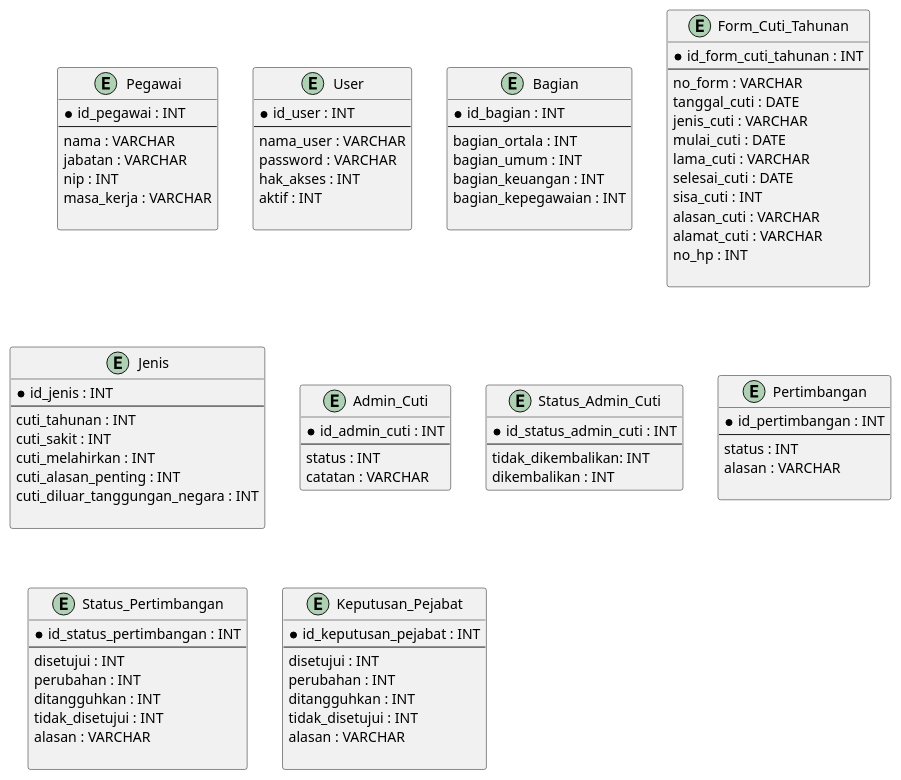
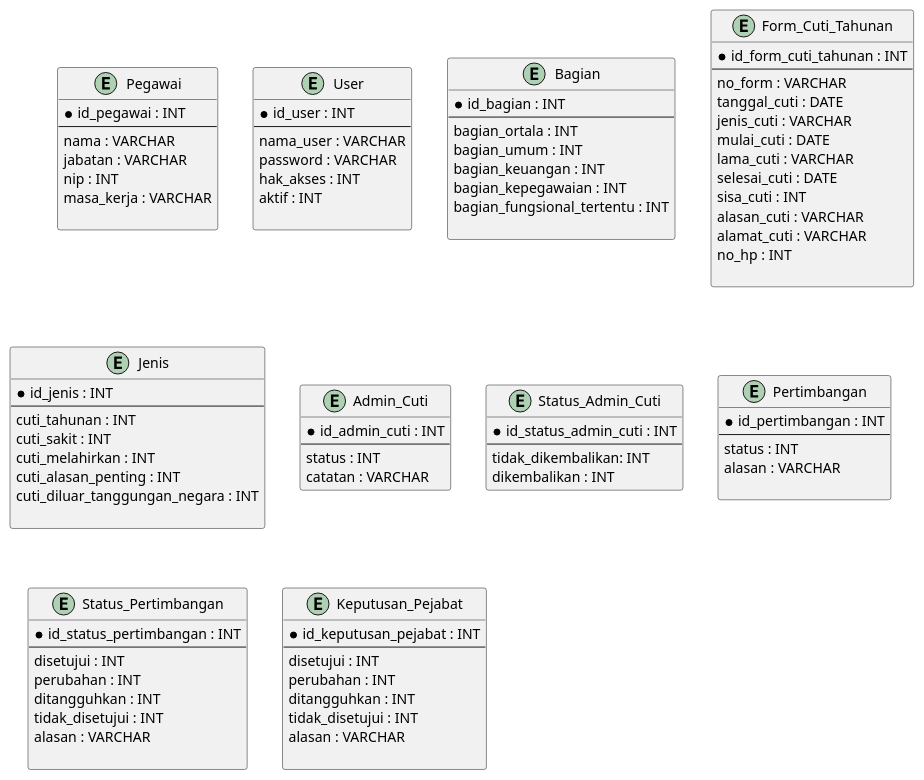
The diagram in logical.puml (muhammad-huzaifah/e-cuti), drawn with PlantUML before and after one commit.

Commit message:
perancangan logical e-cuti

```diff
--- a/logical.puml
+++ b/logical.puml
@@ -1,104 +1,105 @@
 @startuml
 entity Pegawai{
 * id_pegawai : INT
 --
 nama : VARCHAR
 jabatan : VARCHAR
 nip : INT
 masa_kerja : VARCHAR
 
 }
 
 entity User{
 * id_user : INT
 --
 nama_user : VARCHAR
 password : VARCHAR
 hak_akses : INT
 aktif : INT
 
 }
 
 entity Bagian{
 * id_bagian : INT
 --
 bagian_ortala : INT
 bagian_umum : INT
 bagian_keuangan : INT
 bagian_kepegawaian : INT
+bagian_fungsional_tertentu : INT
 
 }
 
 entity Form_Cuti_Tahunan{
 * id_form_cuti_tahunan : INT
 --
 no_form : VARCHAR
 tanggal_cuti : DATE
 jenis_cuti : VARCHAR
 mulai_cuti : DATE
 lama_cuti : VARCHAR
 selesai_cuti : DATE
 sisa_cuti : INT
 alasan_cuti : VARCHAR
 alamat_cuti : VARCHAR
 no_hp : INT
 
 }
 
 entity Jenis{
 * id_jenis : INT
 --
 cuti_tahunan : INT
 cuti_sakit : INT
 cuti_melahirkan : INT
 cuti_alasan_penting : INT
 cuti_diluar_tanggungan_negara : INT
 
 }
 
 entity Admin_Cuti{
 * id_admin_cuti : INT
 --
 status : INT
 catatan : VARCHAR
 }
 
 entity Status_Admin_Cuti{
 * id_status_admin_cuti : INT
 --
  tidak_dikembalikan: INT
  dikembalikan : INT
 }
 
 
 entity Pertimbangan{
 * id_pertimbangan : INT
 --
 status : INT
 alasan : VARCHAR
 
 }
 
 entity Status_Pertimbangan{
 * id_status_pertimbangan : INT
 --
 disetujui : INT
 perubahan : INT
 ditangguhkan : INT
 tidak_disetujui : INT
 alasan : VARCHAR
 
 }
 
 entity Keputusan_Pejabat{
 * id_keputusan_pejabat : INT
 --
 disetujui : INT
 perubahan : INT
 ditangguhkan : INT
 tidak_disetujui : INT
 alasan : VARCHAR
 
 }
 
 @enduml
```
